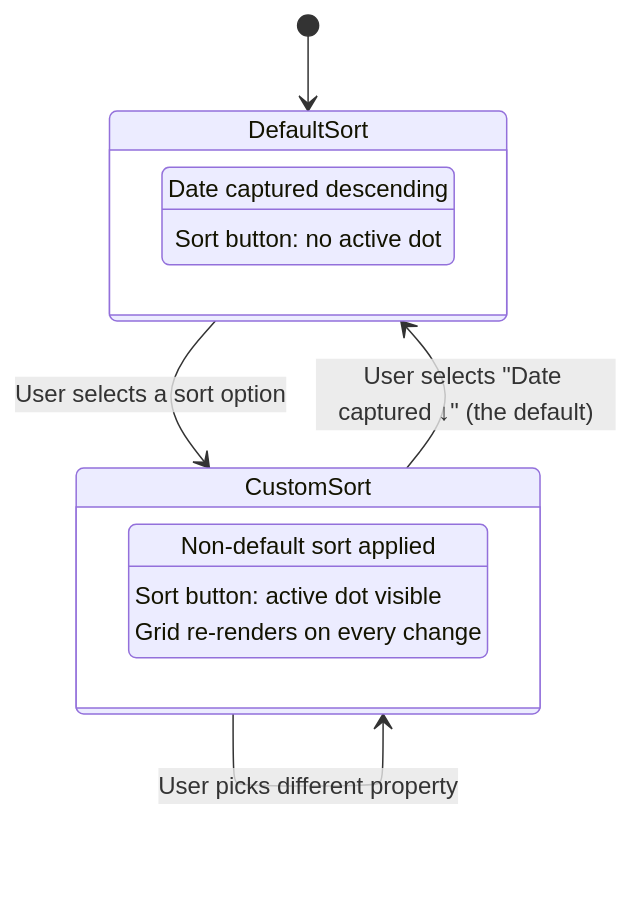
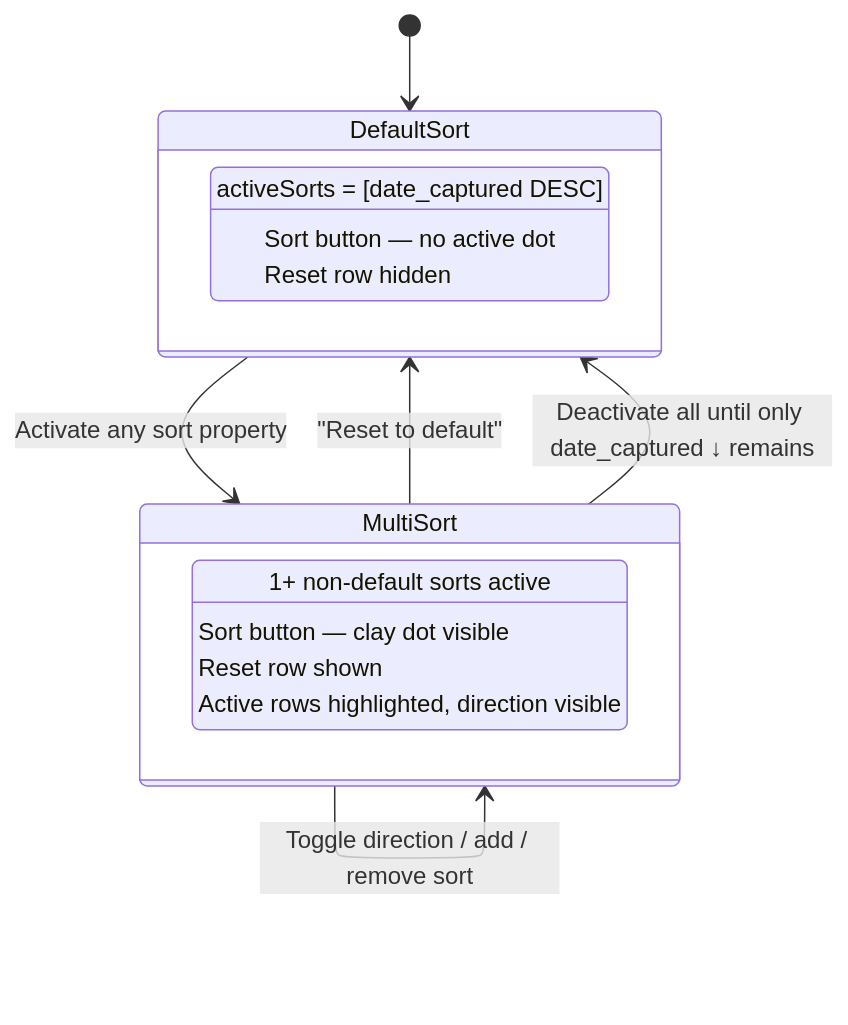
One commit to matkleve/feldpost changed the fourth of 27 diagrams in docs/use-cases/workspace-view.md. Above: the diagram before and after it, drawn with Mermaid. The commit also changed other lines of this file and 5 other files, not shown here.

First line of the commit message:
feat: implement multi-sort functionality in sort dropdown

````diff
--- a/docs/use-cases/workspace-view.md
+++ b/docs/use-cases/workspace-view.md
@@ -139,18 +151,22 @@
 ```mermaid
 stateDiagram-v2
     [*] --> DefaultSort
-    DefaultSort --> CustomSort: User selects a sort option
-    CustomSort --> CustomSort: User changes direction (↑/↓)
-    CustomSort --> CustomSort: User picks different property
-    CustomSort --> DefaultSort: User selects "Date captured ↓" (the default)
 
     state DefaultSort {
-        [*]: Date captured descending
-        [*]: Sort button: no active dot
+        [*]: activeSorts = [date_captured DESC]
+        [*]: Sort button — no active dot
+        [*]: Reset row hidden
     }
-    state CustomSort {
-        [*]: Non-default sort applied
-        [*]: Sort button: active dot visible
-        [*]: Grid re-renders on every change
+
+    state MultiSort {
+        [*]: 1+ non-default sorts active
+        [*]: Sort button — clay dot visible
+        [*]: Reset row shown
+        [*]: Active rows highlighted, direction visible
     }
+
+    DefaultSort --> MultiSort: Activate any sort property
+    MultiSort --> MultiSort: Toggle direction / add / remove sort
+    MultiSort --> DefaultSort: "Reset to default"
+    MultiSort --> DefaultSort: Deactivate all until only date_captured ↓ remains
 ```
````
